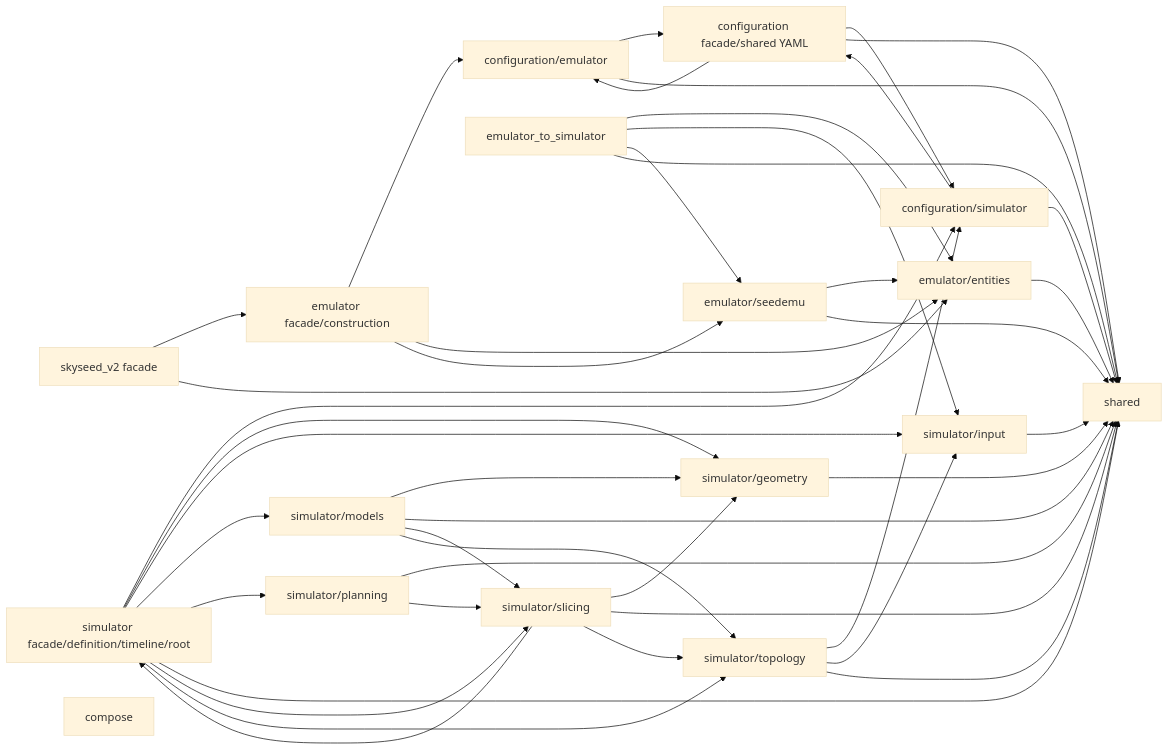
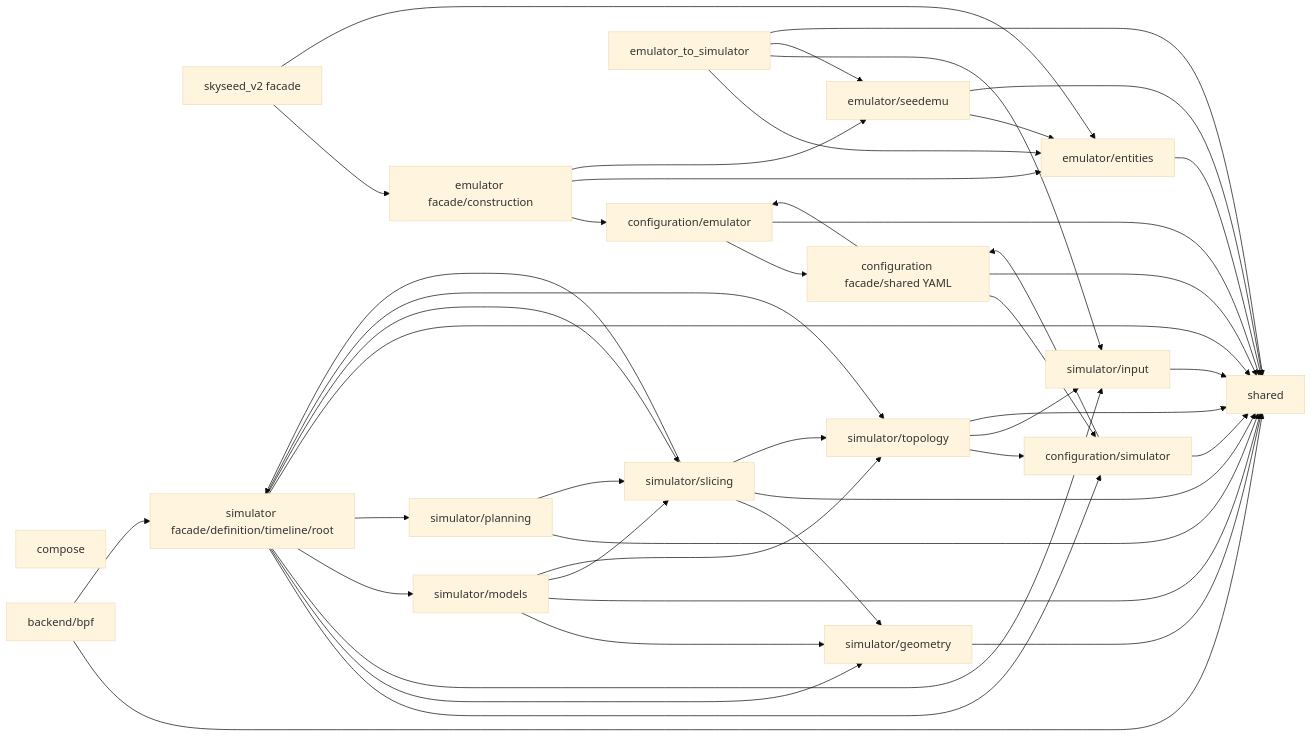
One commit to seed-labs/skyseed changed the diagram in skyseed_v2/docs/human-readable/repository-map.md. Above: the diagram before and after it, drawn with Mermaid (base theme). The commit also changed other lines of this file and 41 other files, not shown here.

````diff
--- a/skyseed_v2/docs/human-readable/repository-map.md
+++ b/skyseed_v2/docs/human-readable/repository-map.md
@@ -8,63 +8,66 @@
 ```mermaid
 flowchart LR
     ROOT["skyseed_v2 facade"]
     SHARED["shared"]
     CONFIG["configuration facade/shared YAML"]
     CONFIG_EMU["configuration/emulator"]
     CONFIG_SIM["configuration/simulator"]
     EMU["emulator facade/construction"]
     ENTITIES["emulator/entities"]
     SEED["emulator/seedemu"]
     BRIDGE["emulator_to_simulator"]
     INPUT["simulator/input"]
     SIM["simulator facade/definition/timeline/root"]
     GEOMETRY["simulator/geometry"]
     TOPOLOGY["simulator/topology"]
     SLICING["simulator/slicing"]
     MODELS["simulator/models"]
     PLANNING["simulator/planning"]
     COMPOSE["compose"]
+    BPF["backend/bpf"]
 
     BRIDGE --> ENTITIES
     BRIDGE --> INPUT
     BRIDGE --> SEED
     BRIDGE --> SHARED
     CONFIG --> CONFIG_EMU
     CONFIG --> CONFIG_SIM
     CONFIG --> SHARED
     CONFIG_EMU --> CONFIG
     CONFIG_EMU --> SHARED
     CONFIG_SIM --> CONFIG
     CONFIG_SIM --> SHARED
     EMU --> CONFIG_EMU
     EMU --> ENTITIES
     EMU --> SEED
     ENTITIES --> SHARED
     GEOMETRY --> SHARED
     INPUT --> SHARED
     MODELS --> GEOMETRY
     MODELS --> SHARED
     MODELS --> SLICING
     MODELS --> TOPOLOGY
     ROOT --> EMU
     ROOT --> ENTITIES
     SEED --> ENTITIES
     SEED --> SHARED
     SIM --> CONFIG_SIM
     SIM --> GEOMETRY
     SIM --> INPUT
     SIM --> MODELS
     SIM --> PLANNING
     SIM --> SHARED
     SIM --> SLICING
     SIM --> TOPOLOGY
     SLICING --> GEOMETRY
     SLICING --> SHARED
     SLICING --> SIM
     SLICING --> TOPOLOGY
     PLANNING --> SHARED
     PLANNING --> SLICING
     TOPOLOGY --> CONFIG_SIM
     TOPOLOGY --> INPUT
     TOPOLOGY --> SHARED
+    BPF --> SHARED
+    BPF --> SIM
 ```
````
